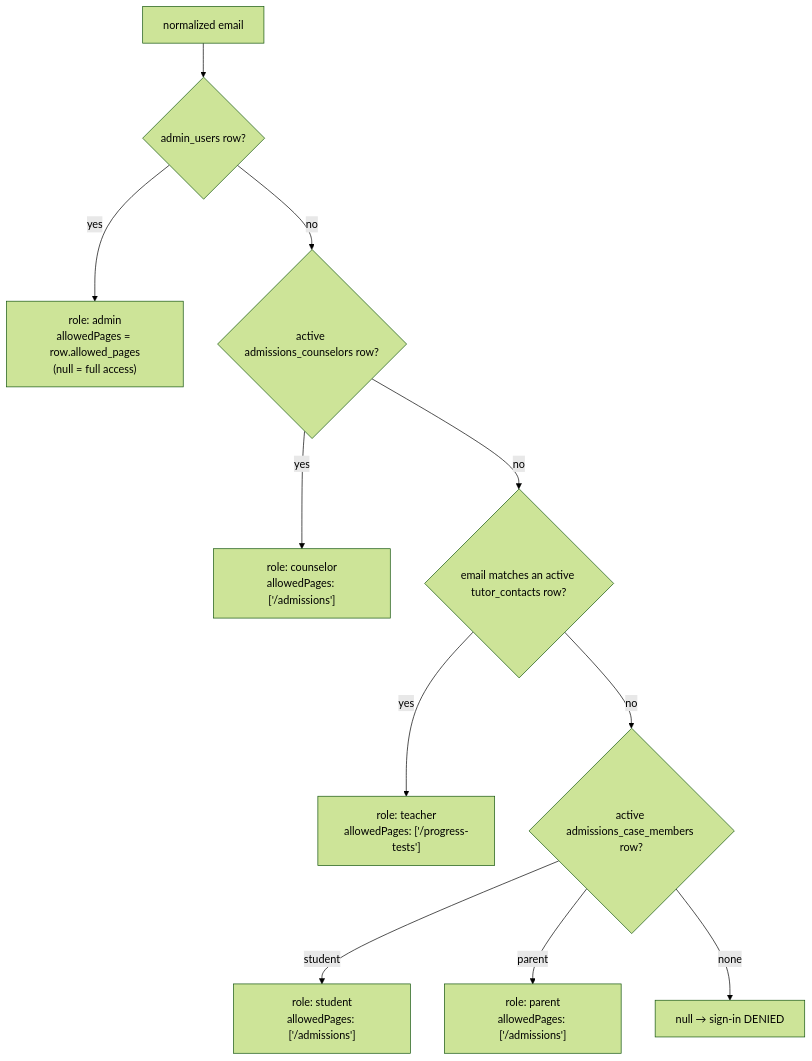
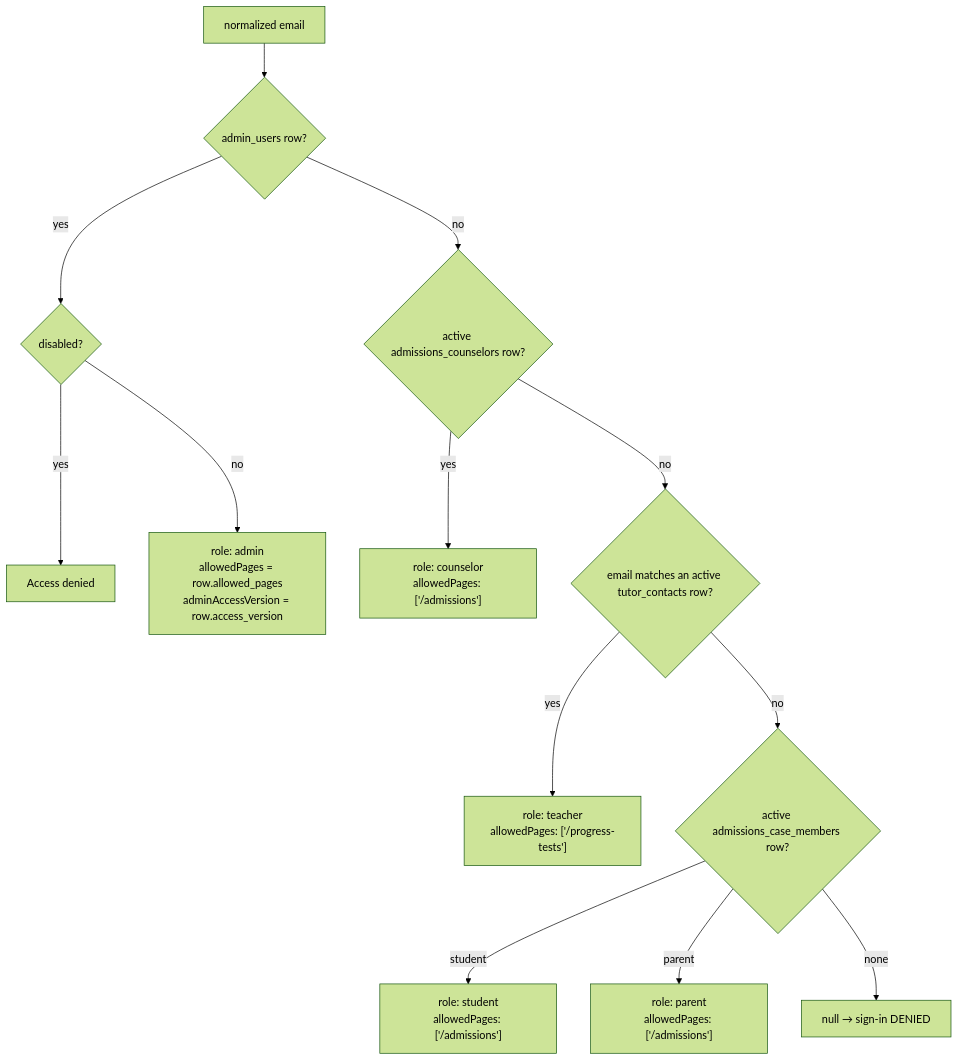
The second of 2 diagrams in docs/operations/auth-and-access.md (kasheesh711/bgscheduler), drawn with Mermaid (forest theme) before and after one commit. The commit also changed other lines of this file and 17 other files, not shown here.

````diff
--- a/docs/operations/auth-and-access.md
+++ b/docs/operations/auth-and-access.md
@@ -228,13 +101,15 @@
 ```mermaid
 flowchart TD
     S[normalized email] --> A{admin_users row?}
-    A -- yes --> A1["role: admin<br/>allowedPages = row.allowed_pages<br/>(null = full access)"]
+    A -- yes --> AD{disabled?}
+    AD -- yes --> DENY[Access denied]
+    AD -- no --> A1["role: admin<br/>allowedPages = row.allowed_pages<br/>adminAccessVersion = row.access_version"]
     A -- no --> B{active admissions_counselors row?}
     B -- yes --> B1["role: counselor<br/>allowedPages: ['/admissions']"]
     B -- no --> C{email matches an active tutor_contacts row?}
     C -- yes --> C1["role: teacher<br/>allowedPages: ['/progress-tests']"]
     C -- no --> D{active admissions_case_members row?}
     D -- student --> D1["role: student<br/>allowedPages: ['/admissions']"]
     D -- parent --> D2["role: parent<br/>allowedPages: ['/admissions']"]
     D -- none --> E["null → sign-in DENIED"]
 ```
````
